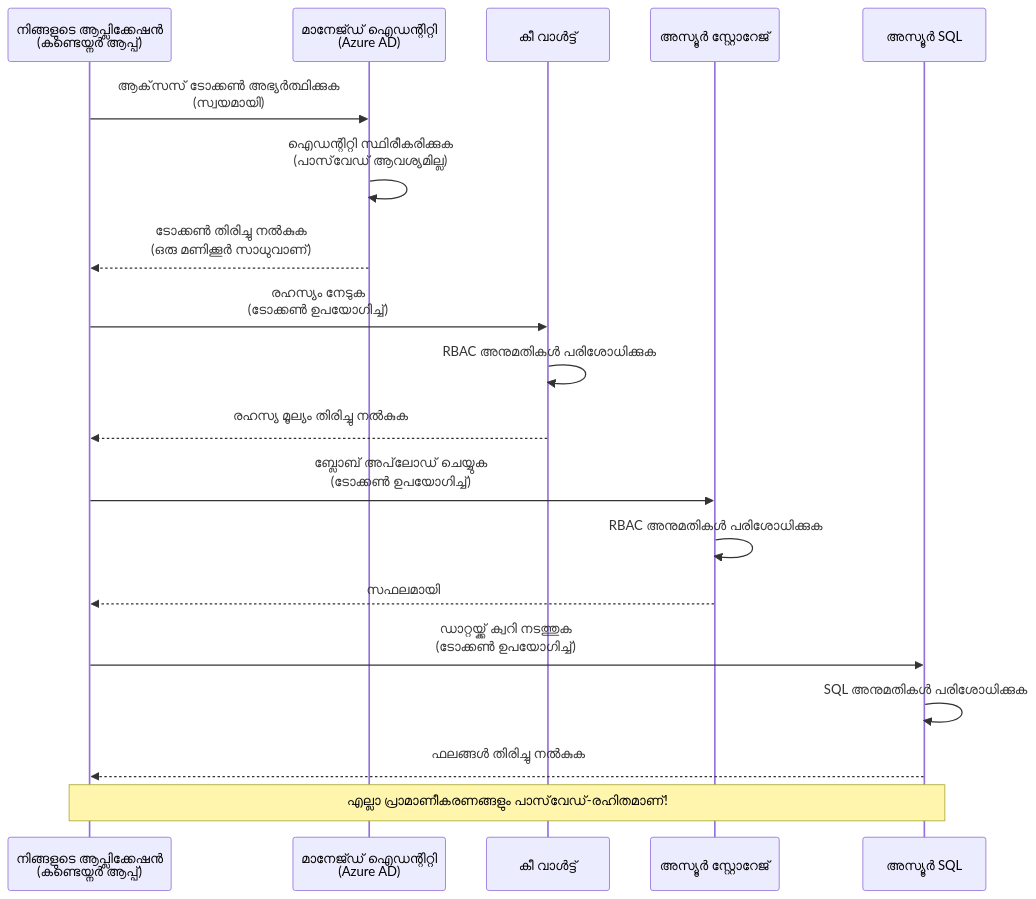
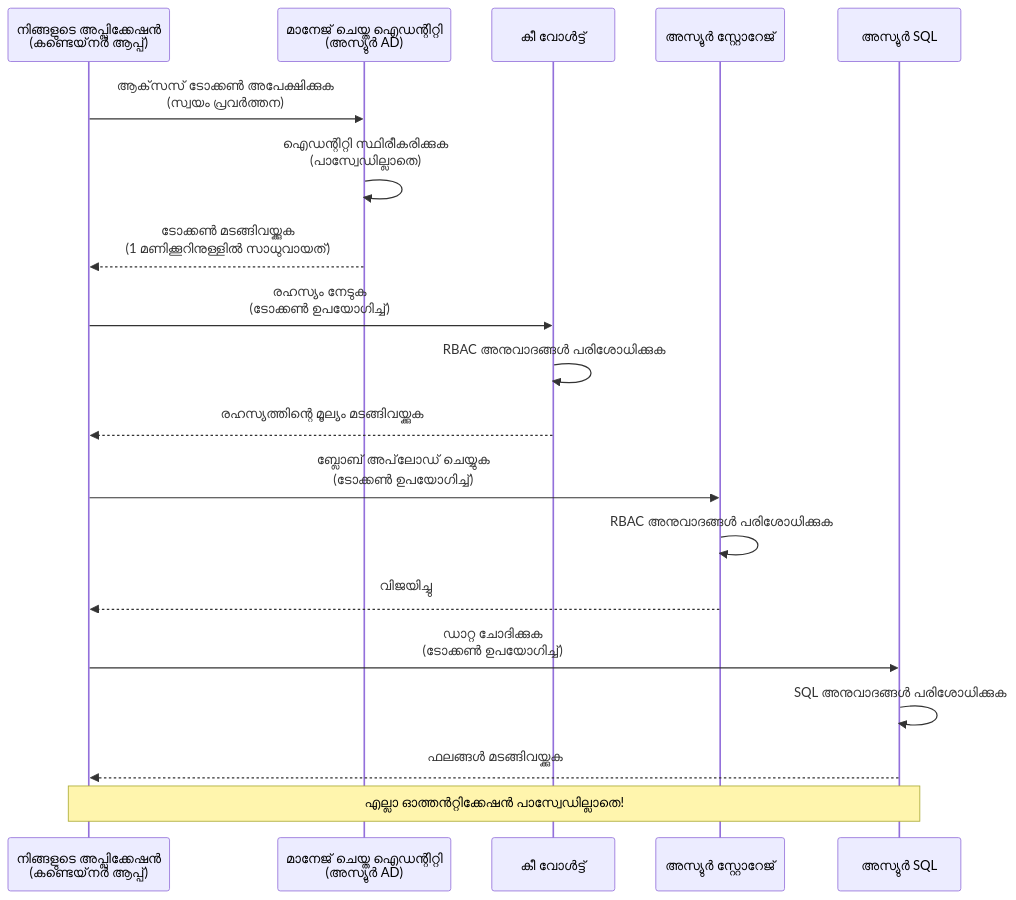
Before and after one commit to microsoft/AZD-for-beginners: the first of 2 diagrams in translations/ml/docs/chapter-03-configuration/authsecurity.md, drawn with Mermaid. The commit also changed other lines of this file and 102 other files, not shown here.

````diff
--- a/translations/ml/docs/chapter-03-configuration/authsecurity.md
+++ b/translations/ml/docs/chapter-03-configuration/authsecurity.md
@@ -69,26 +69,26 @@
 ```mermaid
 sequenceDiagram
-    participant App as നിങ്ങളുടെ ആപ്ലിക്കേഷൻ<br/>(കണ്ടെയ്നർ ആപ്പ്)
-    participant MI as മാനേജ്ഡ് ഐഡന്റിറ്റി<br/>(Azure AD)
-    participant KV as കീ വാൾട്ട്
-    participant Storage as അസ്യൂർ സ്റ്റോറേജ്
-    participant DB as അസ്യൂർ SQL
+    participant App as നിങ്ങളുടെ അപ്ലിക്കേഷൻ<br/>(കണ്ടെയ്‌നർ ആപ്പ്)
+    participant MI as മാനേജ് ചെയ്ത ഐഡന്റിറ്റി<br/>(അസ്യുർ AD)
+    participant KV as കീ വോൾട്ട്
+    participant Storage as അസ്യുർ സ്റ്റോറേജ്
+    participant DB as അസ്യുർ SQL
     
-    App->>MI: ആക്‌സസ് ടോക്കൺ അഭ്യർത്ഥിക്കുക<br/>(സ്വയമായി)
-    MI->>MI: ഐഡന്റിറ്റി സ്ഥിരീകരിക്കുക<br/>(പാസ്‌വേഡ് ആവശ്യമില്ല)
-    MI-->>App: ടോക്കൺ തിരിച്ചു നൽകുക<br/>(ഒരു മണിക്കൂർ സാധുവാണ്)
+    App->>MI: ആക്‌സസ് ടോക്കൺ അപേക്ഷിക്കുക<br/>(സ്വയം പ്രവർത്തന)
+    MI->>MI: ഐഡന്റിറ്റി സ്ഥിരീകരിക്കുക<br/>(പാസ്വേഡില്ലാതെ)
+    MI-->>App: ടോക്കൺ മടങ്ങിവയ്ക്കുക<br/>(1 മണിക്കൂറിനുള്ളിൽ സാധുവായത്)
     
     App->>KV: രഹസ്യം നേടുക<br/>(ടോക്കൺ ഉപയോഗിച്ച്)
-    KV->>KV: RBAC അനുമതികൾ പരിശോധിക്കുക
-    KV-->>App: രഹസ്യ മൂല്യം തിരിച്ചു നൽകുക
+    KV->>KV: RBAC അനുവാദങ്ങൾ പരിശോധിക്കുക
+    KV-->>App: രഹസ്യത്തിന്റെ മൂല്യം മടങ്ങിവയ്ക്കുക
     
     App->>Storage: ബ്ലോബ് അപ്‌ലോഡ് ചെയ്യുക<br/>(ടോക്കൺ ഉപയോഗിച്ച്)
-    Storage->>Storage: RBAC അനുമതികൾ പരിശോധിക്കുക
-    Storage-->>App: സഫലമായി
+    Storage->>Storage: RBAC അനുവാദങ്ങൾ പരിശോധിക്കുക
+    Storage-->>App: വിജയിച്ചു
     
-    App->>DB: ഡാറ്റയ്ക്ക് ക്വറി നടത്തുക<br/>(ടോക്കൺ ഉപയോഗിച്ച്)
-    DB->>DB: SQL അനുമതികൾ പരിശോധിക്കുക
-    DB-->>App: ഫലങ്ങൾ തിരിച്ചു നൽകുക
+    App->>DB: ഡാറ്റ ചോദിക്കുക<br/>(ടോക്കൺ ഉപയോഗിച്ച്)
+    DB->>DB: SQL അനുവാദങ്ങൾ പരിശോധിക്കുക
+    DB-->>App: ഫലങ്ങൾ മടങ്ങിവയ്ക്കുക
     
-    Note over App,DB: എല്ലാ പ്രാമാണീകരണങ്ങളും പാസ്‌വേഡ്-രഹിതമാണ്!
+    Note over App,DB: എല്ലാ ഓത്തൻറ്റിക്കേഷൻ പാസ്വേഡില്ലാതെ!
 ```
````
